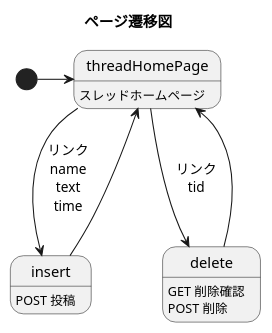
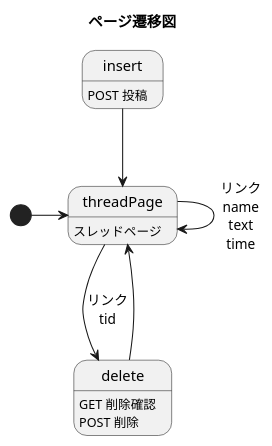
The diagram in uml/screenTransitionDiagram_thread.pu (R-Nakagawa87/WebExample), drawn with PlantUML before and after one commit. The commit also changed 4 other files, not shown here.

Commit message:
シーケンス図、クラス図を作成

```diff
--- a/uml/screenTransitionDiagram_thread.pu
+++ b/uml/screenTransitionDiagram_thread.pu
@@ -1,15 +1,15 @@
 @startuml
 title ページ遷移図
 
-threadHomePage : スレッドホームページ
+threadPage : スレッドページ
 insert : POST 投稿
 delete : GET 削除確認\nPOST 削除
 
-[*] -> threadHomePage
-threadHomePage --> insert:リンク\nname\ntext\ntime
-insert --> threadHomePage
+[*] -> threadPage
+threadPage --> threadPage:リンク\nname\ntext\ntime
+insert --> threadPage
 
-threadHomePage --> delete:リンク\ntid
-delete --> threadHomePage
+threadPage --> delete:リンク\ntid
+delete --> threadPage
 
 @enduml
```
